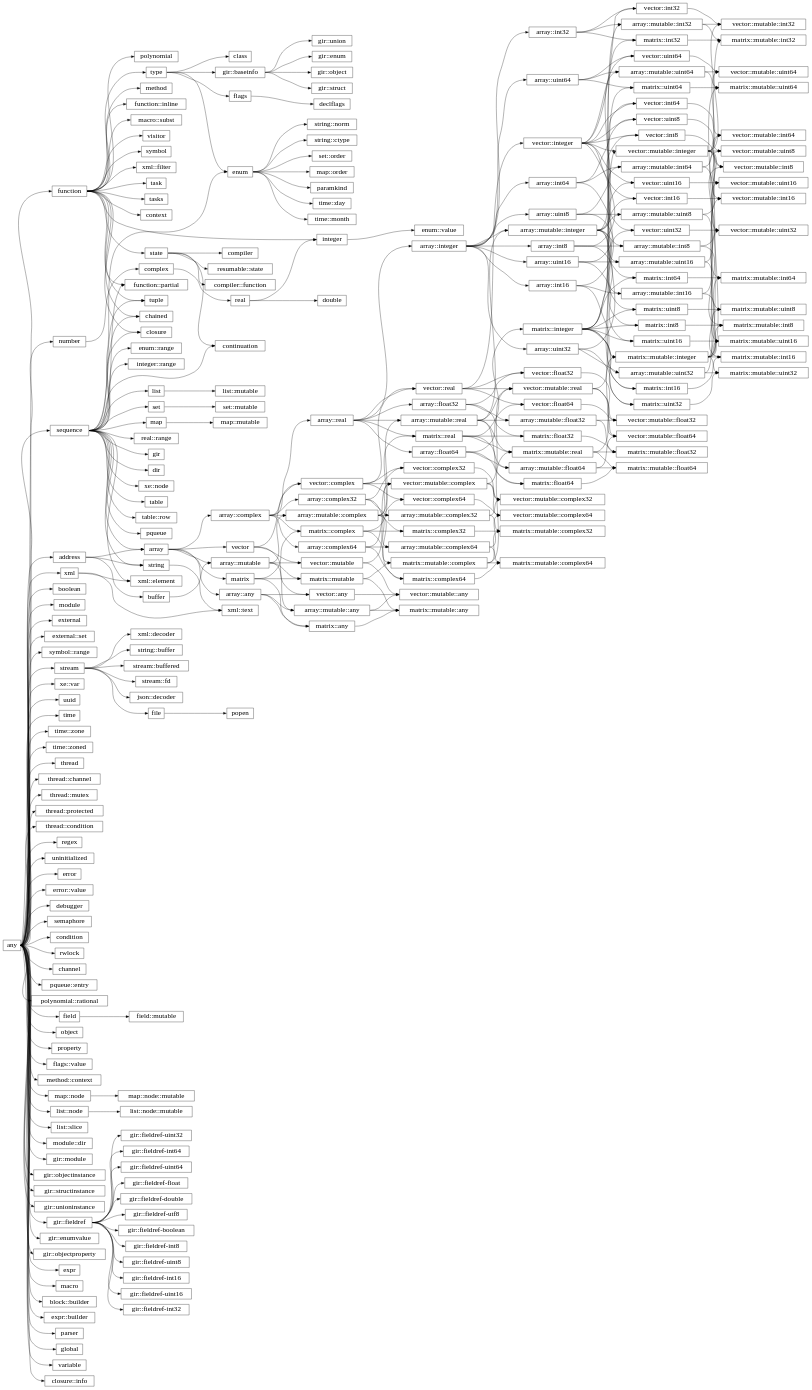
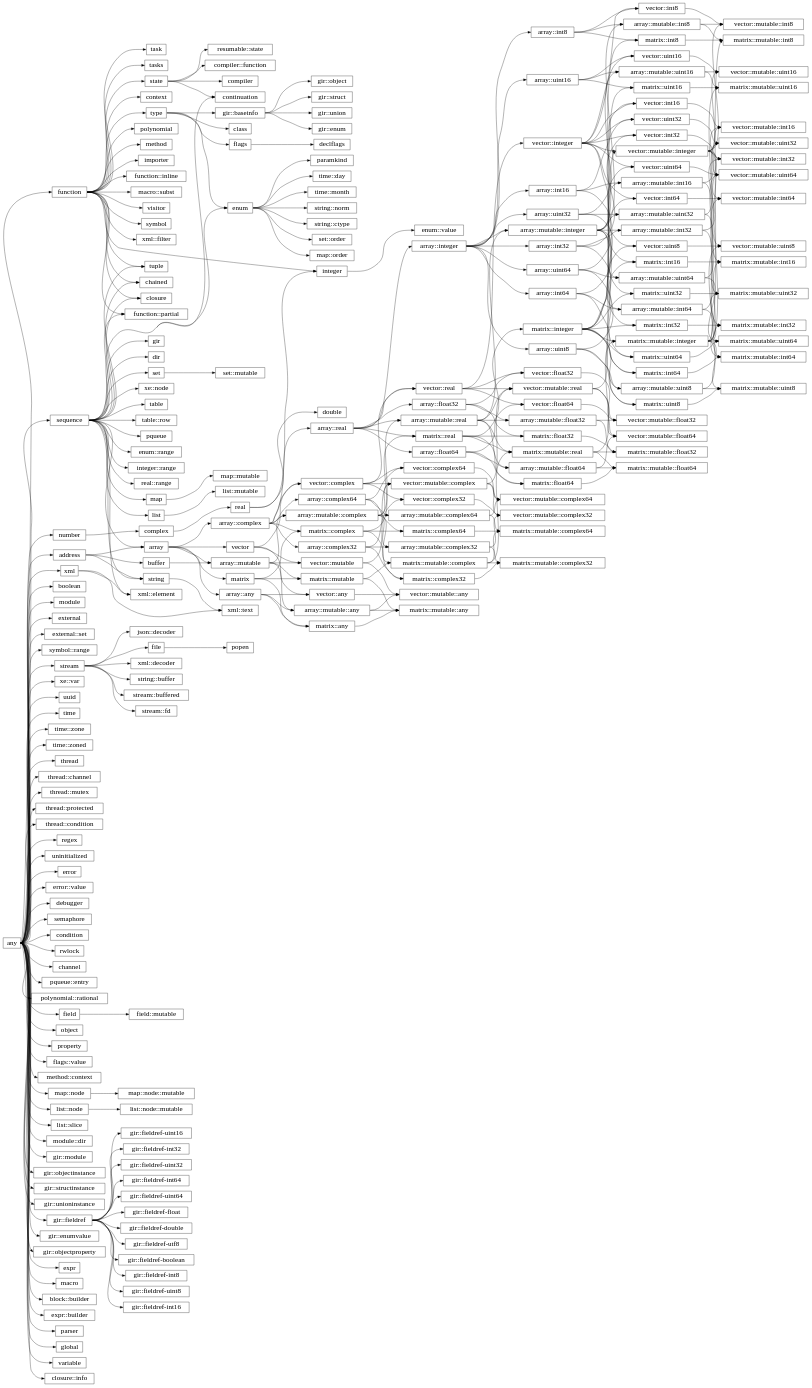
One commit to wrapl/minilang changed the diagram in docs/library/hierarchy.rst. Above: the diagram before and after it, drawn with Graphviz. The commit also changed 20 other files, not shown here.

```diff
--- a/docs/library/hierarchy.rst
+++ b/docs/library/hierarchy.rst
@@ -112,6 +112,7 @@
       "any":e -> "list::node":w;
       "list::node":e -> "list::node::mutable":w;
       "any":e -> "list::slice":w;
+      "function":e -> "importer":w;
       "any":e -> "module::dir":w;
       "stream":e -> "json::decoder":w;
       "sequence":e -> "gir":w;
```
